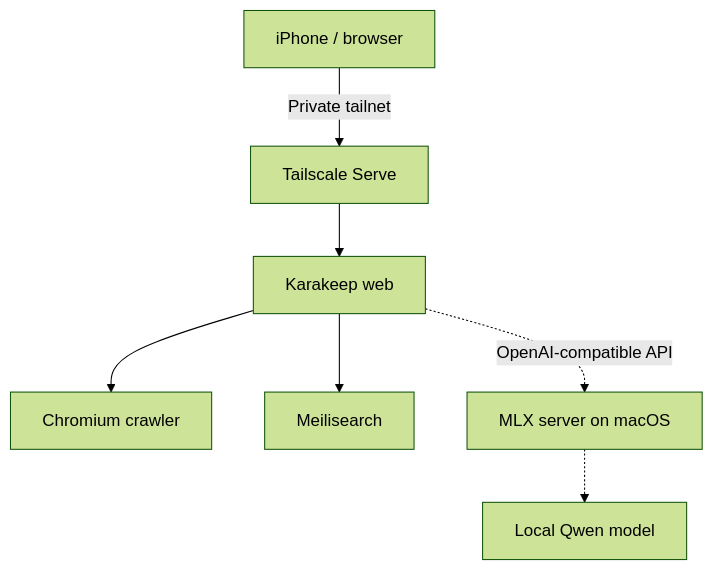
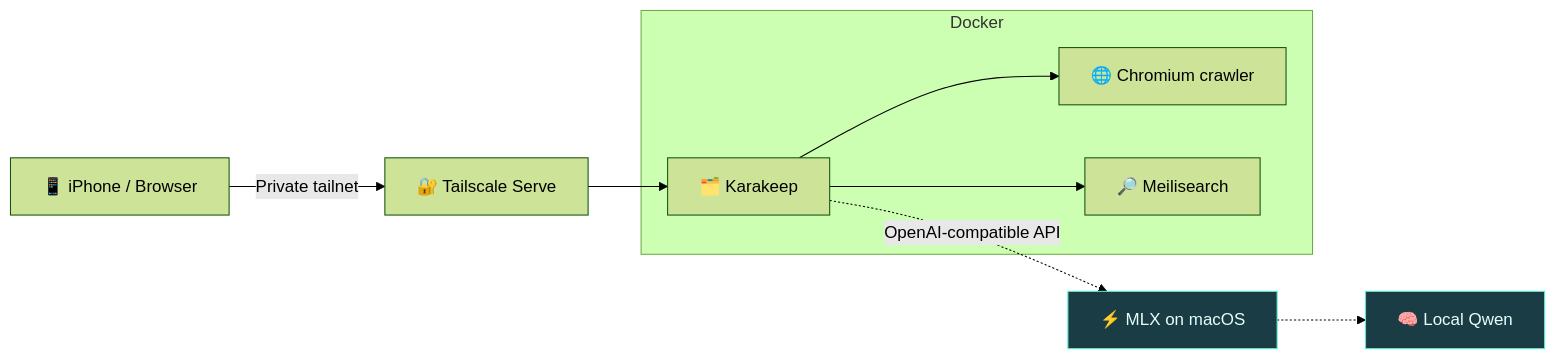
One commit to arndthb/neuralkeep changed the diagram in README.md. Above: the diagram before and after it, drawn with Mermaid (forest theme). The commit also changed other lines of this file, not shown here.

Commit message:
docs: redesign README with hero, badges and architecture

````diff
--- a/README.md
+++ b/README.md
@@ -11,9 +42,13 @@
 ```mermaid
-flowchart TD
-  Phone[iPhone / browser] -->|Private tailnet| TS[Tailscale Serve]
-  TS --> Web[Karakeep web]
-  Web --> Chrome[Chromium crawler]
-  Web --> Search[Meilisearch]
-  Web -.->|OpenAI-compatible API| MLX[MLX server on macOS]
-  MLX -.-> Qwen[Local Qwen model]
+flowchart LR
+    A["📱 iPhone / Browser"] -->|"Private tailnet"| B["🔐 Tailscale Serve"]
+    B --> C["🗂️ Karakeep"]
+    subgraph D["Docker"]
+      C --> E["🌐 Chromium crawler"]
+      C --> F["🔎 Meilisearch"]
+    end
+    C -. "OpenAI-compatible API" .-> G["⚡ MLX on macOS"]
+    G -.-> H["🧠 Local Qwen"]
+    classDef ai fill:#1a3c45,stroke:#54eacb,color:#e6fffa
+    class G,H ai
 ```
````
